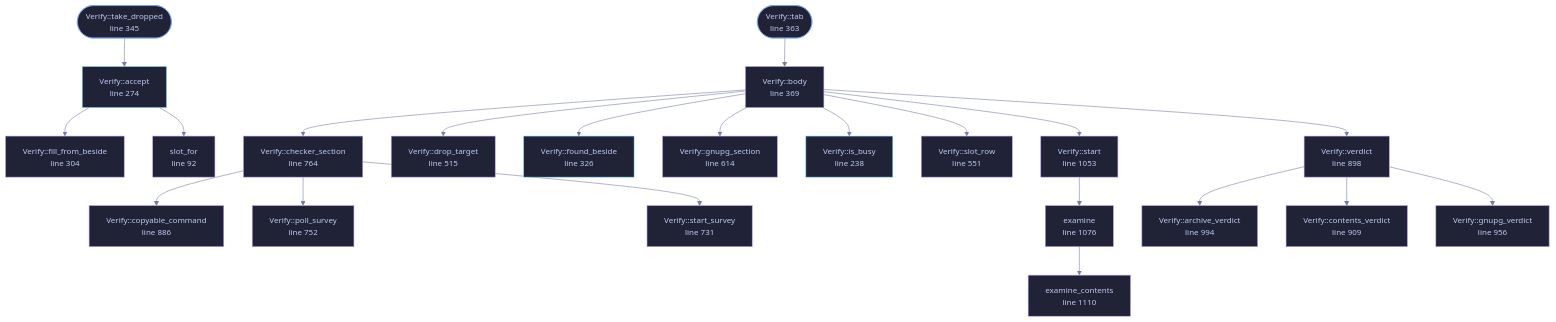
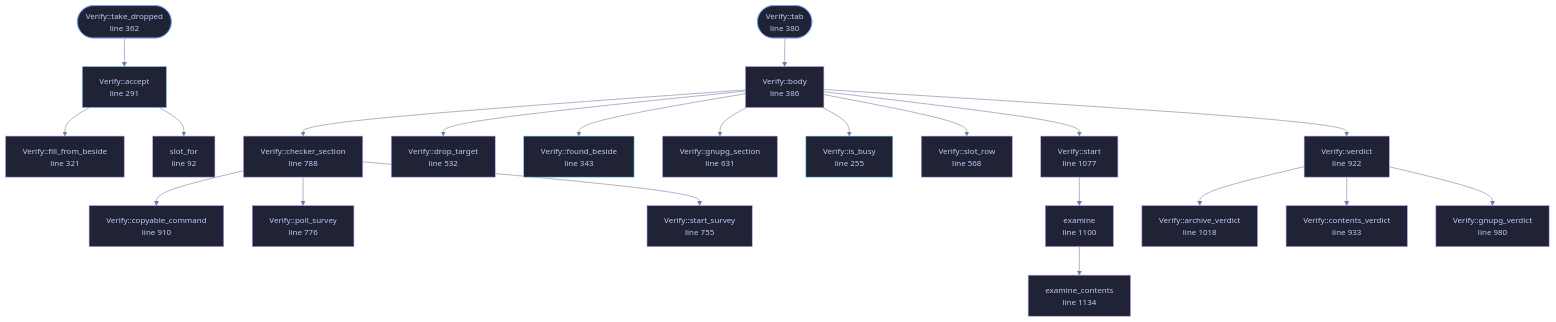
Before and after one commit to tilas01/veilvoice: the diagram in docs/files/veilvoice-gui/verify.md, drawn with Mermaid. The commit also changed other lines of this file and 57 other files, not shown here.

````diff
--- a/docs/files/veilvoice-gui/verify.md
+++ b/docs/files/veilvoice-gui/verify.md
@@ -135,74 +135,74 @@
 ```mermaid
 %%{init: {"theme":"base","themeVariables":{"background":"#1a1b26","primaryColor":"#1f2335","primaryTextColor":"#c0caf5","primaryBorderColor":"#7aa2f7","secondaryColor":"#16161e","tertiaryColor":"#16161e","lineColor":"#737aa2","textColor":"#c0caf5","mainBkg":"#1f2335","nodeBorder":"#7aa2f7","clusterBkg":"#16161e","clusterBorder":"#2f3549","fontFamily":"ui-monospace, SFMono-Regular, Consolas, monospace","fontSize":"14px"}}}%%
 flowchart TD
     n_slot_for["slot_for<br/>line 92"]
-    n_is_busy["Verify::is_busy<br/>line 238"]
-    n_accept["Verify::accept<br/>line 274"]
-    n_fill_from_beside["Verify::fill_from_beside<br/>line 304"]
-    n_found_beside["Verify::found_beside<br/>line 326"]
-    n_take_dropped(["Verify::take_dropped<br/>line 345"])
-    n_tab(["Verify::tab<br/>line 363"])
-    n_body["Verify::body<br/>line 369"]
-    n_drop_target["Verify::drop_target<br/>line 515"]
-    n_slot_row["Verify::slot_row<br/>line 551"]
-    n_gnupg_section["Verify::gnupg_section<br/>line 614"]
-    n_start_survey["Verify::start_survey<br/>line 731"]
-    n_poll_survey["Verify::poll_survey<br/>line 752"]
-    n_checker_section["Verify::checker_section<br/>line 764"]
-    n_copyable_command["Verify::copyable_command<br/>line 886"]
-    n_verdict["Verify::verdict<br/>line 898"]
-    n_contents_verdict["Verify::contents_verdict<br/>line 909"]
-    n_gnupg_verdict["Verify::gnupg_verdict<br/>line 956"]
-    n_archive_verdict["Verify::archive_verdict<br/>line 994"]
-    n_start["Verify::start<br/>line 1053"]
-    n_examine["examine<br/>line 1076"]
-    n_examine_contents["examine_contents<br/>line 1110"]
+    n_is_busy["Verify::is_busy<br/>line 255"]
+    n_accept["Verify::accept<br/>line 291"]
+    n_fill_from_beside["Verify::fill_from_beside<br/>line 321"]
+    n_found_beside["Verify::found_beside<br/>line 343"]
+    n_take_dropped(["Verify::take_dropped<br/>line 362"])
+    n_tab(["Verify::tab<br/>line 380"])
+    n_body["Verify::body<br/>line 386"]
+    n_drop_target["Verify::drop_target<br/>line 532"]
+    n_slot_row["Verify::slot_row<br/>line 568"]
+    n_gnupg_section["Verify::gnupg_section<br/>line 631"]
+    n_start_survey["Verify::start_survey<br/>line 755"]
+    n_poll_survey["Verify::poll_survey<br/>line 776"]
+    n_checker_section["Verify::checker_section<br/>line 788"]
+    n_copyable_command["Verify::copyable_command<br/>line 910"]
+    n_verdict["Verify::verdict<br/>line 922"]
+    n_contents_verdict["Verify::contents_verdict<br/>line 933"]
+    n_gnupg_verdict["Verify::gnupg_verdict<br/>line 980"]
+    n_archive_verdict["Verify::archive_verdict<br/>line 1018"]
+    n_start["Verify::start<br/>line 1077"]
+    n_examine["examine<br/>line 1100"]
+    n_examine_contents["examine_contents<br/>line 1134"]
     n_accept --> n_fill_from_beside
     n_accept --> n_slot_for
     n_body --> n_checker_section
     n_body --> n_drop_target
     n_body --> n_found_beside
     n_body --> n_gnupg_section
     n_body --> n_is_busy
     n_body --> n_slot_row
     n_body --> n_start
     n_body --> n_verdict
     n_checker_section --> n_copyable_command
     n_checker_section --> n_poll_survey
     n_checker_section --> n_start_survey
     n_examine --> n_examine_contents
     n_start --> n_examine
     n_tab --> n_body
     n_take_dropped --> n_accept
     n_verdict --> n_archive_verdict
     n_verdict --> n_contents_verdict
     n_verdict --> n_gnupg_verdict
     click n_slot_for href "https://github.com/tilas01/veilvoice/blob/main/crates/veilvoice-gui/src/verify.rs#L92" "open the source"
-    click n_is_busy href "https://github.com/tilas01/veilvoice/blob/main/crates/veilvoice-gui/src/verify.rs#L238" "open the source"
-    click n_accept href "https://github.com/tilas01/veilvoice/blob/main/crates/veilvoice-gui/src/verify.rs#L274" "open the source"
-    click n_fill_from_beside href "https://github.com/tilas01/veilvoice/blob/main/crates/veilvoice-gui/src/verify.rs#L304" "open the source"
-    click n_found_beside href "https://github.com/tilas01/veilvoice/blob/main/crates/veilvoice-gui/src/verify.rs#L326" "open the source"
-    click n_take_dropped href "https://github.com/tilas01/veilvoice/blob/main/crates/veilvoice-gui/src/verify.rs#L345" "open the source"
-    click n_tab href "https://github.com/tilas01/veilvoice/blob/main/crates/veilvoice-gui/src/verify.rs#L363" "open the source"
-    click n_body href "https://github.com/tilas01/veilvoice/blob/main/crates/veilvoice-gui/src/verify.rs#L369" "open the source"
-    click n_drop_target href "https://github.com/tilas01/veilvoice/blob/main/crates/veilvoice-gui/src/verify.rs#L515" "open the source"
-    click n_slot_row href "https://github.com/tilas01/veilvoice/blob/main/crates/veilvoice-gui/src/verify.rs#L551" "open the source"
-    click n_gnupg_section href "https://github.com/tilas01/veilvoice/blob/main/crates/veilvoice-gui/src/verify.rs#L614" "open the source"
-    click n_start_survey href "https://github.com/tilas01/veilvoice/blob/main/crates/veilvoice-gui/src/verify.rs#L731" "open the source"
-    click n_poll_survey href "https://github.com/tilas01/veilvoice/blob/main/crates/veilvoice-gui/src/verify.rs#L752" "open the source"
-    click n_checker_section href "https://github.com/tilas01/veilvoice/blob/main/crates/veilvoice-gui/src/verify.rs#L764" "open the source"
-    click n_copyable_command href "https://github.com/tilas01/veilvoice/blob/main/crates/veilvoice-gui/src/verify.rs#L886" "open the source"
-    click n_verdict href "https://github.com/tilas01/veilvoice/blob/main/crates/veilvoice-gui/src/verify.rs#L898" "open the source"
-    click n_contents_verdict href "https://github.com/tilas01/veilvoice/blob/main/crates/veilvoice-gui/src/verify.rs#L909" "open the source"
-    click n_gnupg_verdict href "https://github.com/tilas01/veilvoice/blob/main/crates/veilvoice-gui/src/verify.rs#L956" "open the source"
-    click n_archive_verdict href "https://github.com/tilas01/veilvoice/blob/main/crates/veilvoice-gui/src/verify.rs#L994" "open the source"
-    click n_start href "https://github.com/tilas01/veilvoice/blob/main/crates/veilvoice-gui/src/verify.rs#L1053" "open the source"
-    click n_examine href "https://github.com/tilas01/veilvoice/blob/main/crates/veilvoice-gui/src/verify.rs#L1076" "open the source"
-    click n_examine_contents href "https://github.com/tilas01/veilvoice/blob/main/crates/veilvoice-gui/src/verify.rs#L1110" "open the source"
+    click n_is_busy href "https://github.com/tilas01/veilvoice/blob/main/crates/veilvoice-gui/src/verify.rs#L255" "open the source"
+    click n_accept href "https://github.com/tilas01/veilvoice/blob/main/crates/veilvoice-gui/src/verify.rs#L291" "open the source"
+    click n_fill_from_beside href "https://github.com/tilas01/veilvoice/blob/main/crates/veilvoice-gui/src/verify.rs#L321" "open the source"
+    click n_found_beside href "https://github.com/tilas01/veilvoice/blob/main/crates/veilvoice-gui/src/verify.rs#L343" "open the source"
+    click n_take_dropped href "https://github.com/tilas01/veilvoice/blob/main/crates/veilvoice-gui/src/verify.rs#L362" "open the source"
+    click n_tab href "https://github.com/tilas01/veilvoice/blob/main/crates/veilvoice-gui/src/verify.rs#L380" "open the source"
+    click n_body href "https://github.com/tilas01/veilvoice/blob/main/crates/veilvoice-gui/src/verify.rs#L386" "open the source"
+    click n_drop_target href "https://github.com/tilas01/veilvoice/blob/main/crates/veilvoice-gui/src/verify.rs#L532" "open the source"
+    click n_slot_row href "https://github.com/tilas01/veilvoice/blob/main/crates/veilvoice-gui/src/verify.rs#L568" "open the source"
+    click n_gnupg_section href "https://github.com/tilas01/veilvoice/blob/main/crates/veilvoice-gui/src/verify.rs#L631" "open the source"
+    click n_start_survey href "https://github.com/tilas01/veilvoice/blob/main/crates/veilvoice-gui/src/verify.rs#L755" "open the source"
+    click n_poll_survey href "https://github.com/tilas01/veilvoice/blob/main/crates/veilvoice-gui/src/verify.rs#L776" "open the source"
+    click n_checker_section href "https://github.com/tilas01/veilvoice/blob/main/crates/veilvoice-gui/src/verify.rs#L788" "open the source"
+    click n_copyable_command href "https://github.com/tilas01/veilvoice/blob/main/crates/veilvoice-gui/src/verify.rs#L910" "open the source"
+    click n_verdict href "https://github.com/tilas01/veilvoice/blob/main/crates/veilvoice-gui/src/verify.rs#L922" "open the source"
+    click n_contents_verdict href "https://github.com/tilas01/veilvoice/blob/main/crates/veilvoice-gui/src/verify.rs#L933" "open the source"
+    click n_gnupg_verdict href "https://github.com/tilas01/veilvoice/blob/main/crates/veilvoice-gui/src/verify.rs#L980" "open the source"
+    click n_archive_verdict href "https://github.com/tilas01/veilvoice/blob/main/crates/veilvoice-gui/src/verify.rs#L1018" "open the source"
+    click n_start href "https://github.com/tilas01/veilvoice/blob/main/crates/veilvoice-gui/src/verify.rs#L1077" "open the source"
+    click n_examine href "https://github.com/tilas01/veilvoice/blob/main/crates/veilvoice-gui/src/verify.rs#L1100" "open the source"
+    click n_examine_contents href "https://github.com/tilas01/veilvoice/blob/main/crates/veilvoice-gui/src/verify.rs#L1134" "open the source"
     classDef entry fill:#1f2335,stroke:#7aa2f7,color:#c0caf5
     class n_take_dropped,n_tab entry
     classDef api fill:#1f2335,stroke:#7dcfff,color:#c0caf5
     class n_is_busy,n_accept,n_found_beside api
     classDef helper fill:#1f2335,stroke:#bb9af7,color:#c0caf5
     class n_slot_for,n_fill_from_beside,n_body,n_drop_target,n_slot_row,n_gnupg_section,n_start_survey,n_poll_survey,n_checker_section,n_copyable_command,n_verdict,n_contents_verdict,n_gnupg_verdict,n_archive_verdict,n_start,n_examine,n_examine_contents helper
 ```
````
